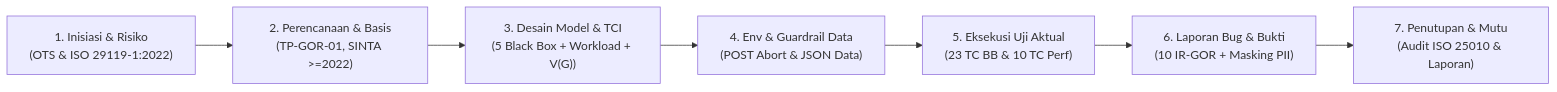
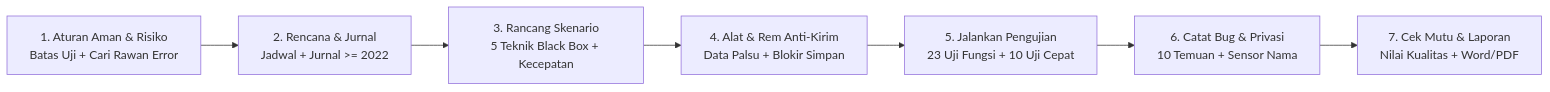
One commit to BrongSkuy/tugas-qa-testing changed the diagram in 02-objek-umkm-dan-rencana-uji/test-plan-gor-permata.md. Above: the diagram before and after it, drawn with Mermaid. The commit also changed other lines of this file and 8 other files, not shown here.

Commit message:
docs: sederhanakan bahasa Flow Testing, 5 Black Box, & Step-by-Step agar mudah dipahami

````diff
--- a/02-objek-umkm-dan-rencana-uji/test-plan-gor-permata.md
+++ b/02-objek-umkm-dan-rencana-uji/test-plan-gor-permata.md
@@ -83,9 +83,9 @@
 ```mermaid
 flowchart LR
-    T1["1. Inisiasi & Risiko<br/>(OTS & ISO 29119-1:2022)"] --> T2["2. Perencanaan & Basis<br/>(TP-GOR-01, SINTA >=2022)"]
-    T2 --> T3["3. Desain Model & TCI<br/>(5 Black Box + Workload + V(G))"]
-    T3 --> T4["4. Env & Guardrail Data<br/>(POST Abort & JSON Data)"]
-    T4 --> T5["5. Eksekusi Uji Aktual<br/>(23 TC BB & 10 TC Perf)"]
-    T5 --> T6["6. Laporan Bug & Bukti<br/>(10 IR-GOR + Masking PII)"]
-    T6 --> T7["7. Penutupan & Mutu<br/>(Audit ISO 25010 & Laporan)"]
+    T1["1. Aturan Aman & Risiko<br/>Batas Uji + Cari Rawan Error"] --> T2["2. Rencana & Jurnal<br/>Jadwal + Jurnal >= 2022"]
+    T2 --> T3["3. Rancang Skenario<br/>5 Teknik Black Box + Kecepatan"]
+    T3 --> T4["4. Alat & Rem Anti-Kirim<br/>Data Palsu + Blokir Simpan"]
+    T4 --> T5["5. Jalankan Pengujian<br/>23 Uji Fungsi + 10 Uji Cepat"]
+    T5 --> T6["6. Catat Bug & Privasi<br/>10 Temuan + Sensor Nama"]
+    T6 --> T7["7. Cek Mutu & Laporan<br/>Nilai Kualitas + Word/PDF"]
 ```
````
